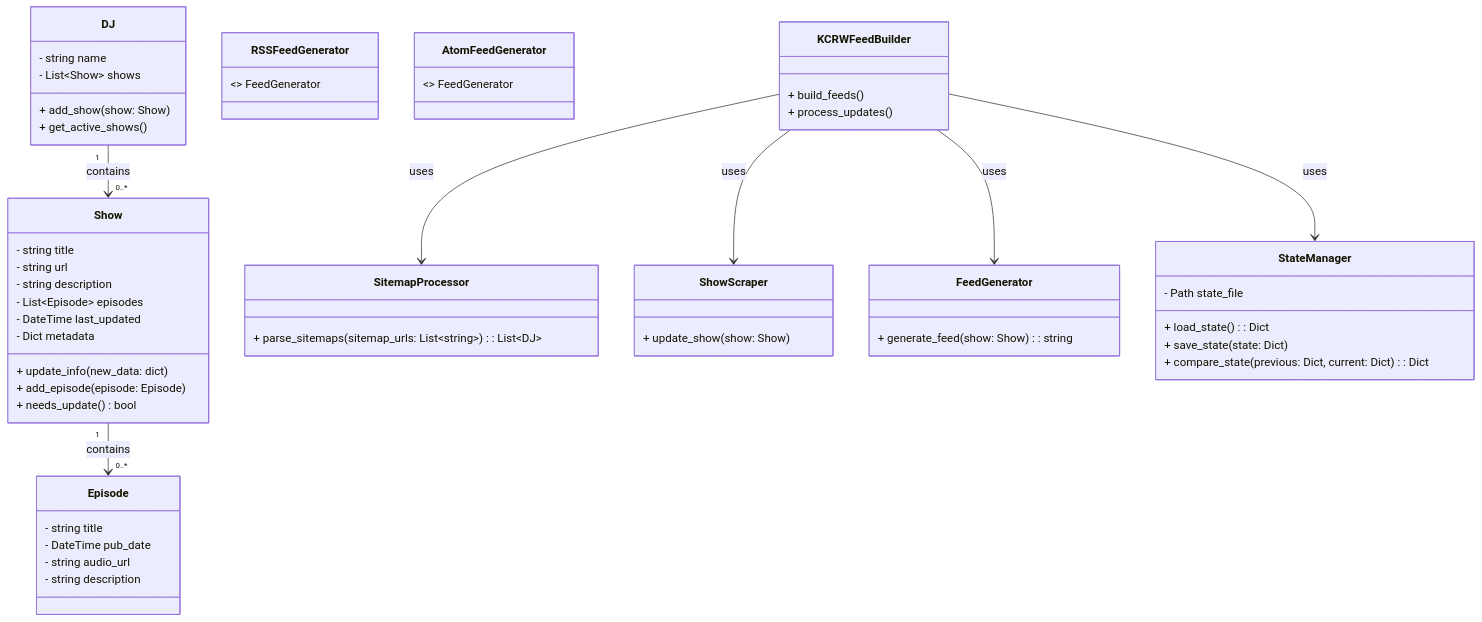
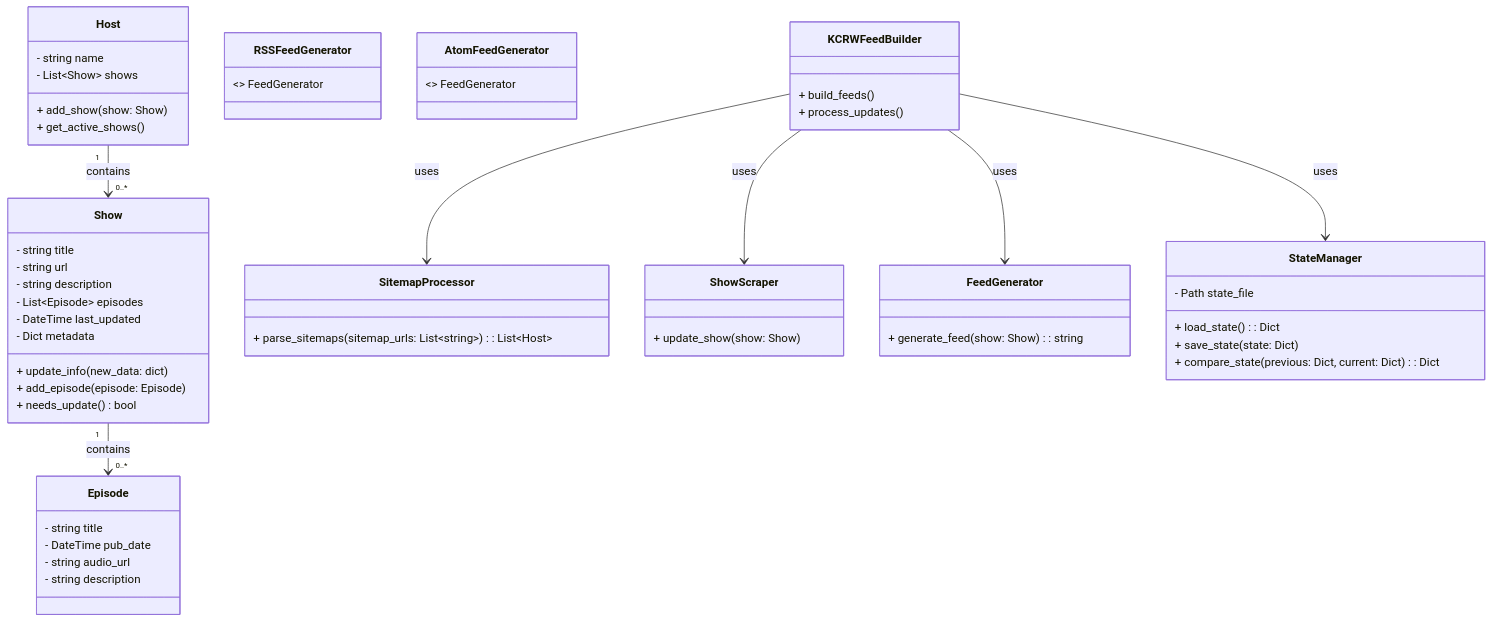
The first of 2 diagrams in README.md (greenavenger/kcrw-feed), drawn with Mermaid before and after one commit. The commit also changed other lines of this file and 3 other files, not shown here.

````diff
--- a/README.md
+++ b/README.md
@@ -37,72 +37,72 @@
 ```mermaid
 classDiagram
     %% Data Model Classes
-    class DJ {
+    class Host {
         - string name
         - List~Show~ shows
         + add_show(show: Show)
         + get_active_shows()
     }
     
     class Show {
         - string title
         - string url
         - string description
         - List~Episode~ episodes
         - DateTime last_updated
         - Dict metadata
         + update_info(new_data: dict)
         + add_episode(episode: Episode)
         + needs_update() bool
     }
     
     class Episode {
         - string title
         - DateTime pub_date
         - string audio_url
         - string description
     }
     
     %% Processing Classes
     class SitemapProcessor {
-        + parse_sitemaps(sitemap_urls: List~string~) : List~DJ~
+        + parse_sitemaps(sitemap_urls: List~string~) : List~Host~
     }
     
     class ShowScraper {
         + update_show(show: Show)
     }
     
     class FeedGenerator {
         + generate_feed(show: Show) : string
     }
     
     class RSSFeedGenerator {
         <<extends>> FeedGenerator
     }
     
     class AtomFeedGenerator {
         <<extends>> FeedGenerator
     }
     
     %% State Management
     class StateManager {
         - Path state_file
         + load_state() : Dict
         + save_state(state: Dict)
         + compare_state(previous: Dict, current: Dict) : Dict
     }
     
     %% Orchestration/Controller
     class KCRWFeedBuilder {
         + build_feeds()
         + process_updates()
     }
     
     %% Relationships
-    DJ "1" --> "0..*" Show : contains
+    Host "1" --> "0..*" Show : contains
     Show "1" --> "0..*" Episode : contains
     KCRWFeedBuilder --> SitemapProcessor : uses
     KCRWFeedBuilder --> ShowScraper : uses
     KCRWFeedBuilder --> FeedGenerator : uses
     KCRWFeedBuilder --> StateManager : uses
 ```
````
